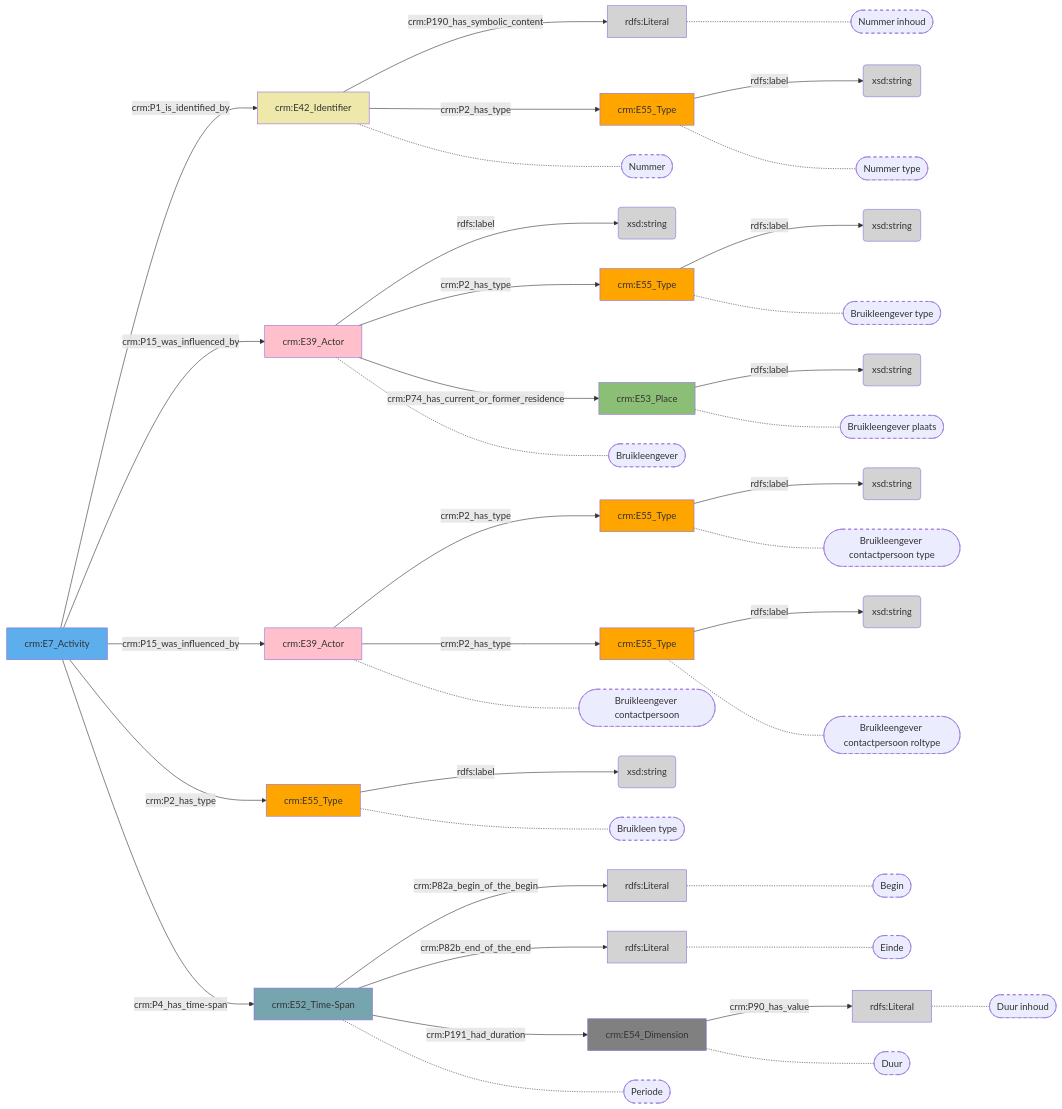
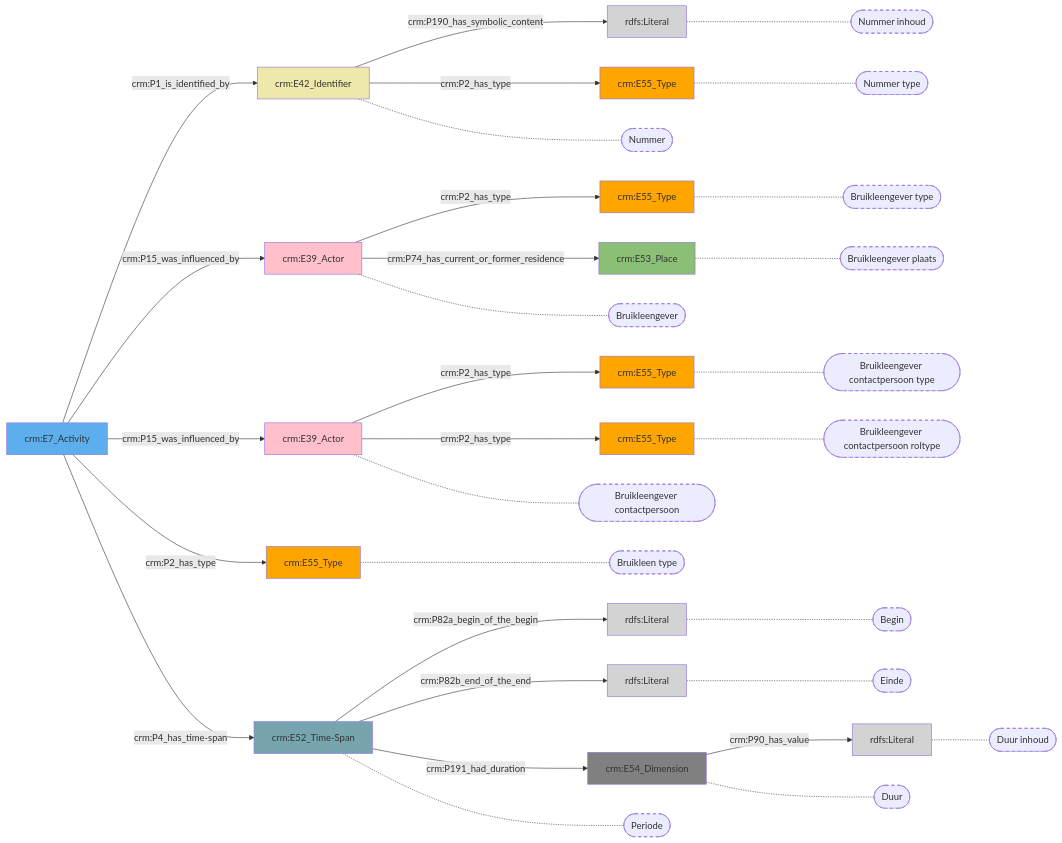
The diagram in docs/content/modellen/LoanIn/Algemeen.md (digipolisantwerpdocumentation/antwerp-cultureel-erfgoed), drawn with Mermaid before and after one commit. The commit also changed 170 other files, not shown here.

````diff
--- a/docs/content/modellen/LoanIn/Algemeen.md
+++ b/docs/content/modellen/LoanIn/Algemeen.md
@@ -1,78 +1,64 @@
 ```mermaid
 graph LR
-33f35a42-edb1-11ee-9a85-960002548b4f["crm:E55_Type"]-->|"rdfs:label"|5aac7ff0-edb1-11ee-a0d6-960002548b4f(xsd:string)
-46c13a89-cc07-11ee-a44e-960002548b4f["crm:E55_Type"]-->|"rdfs:label"|6bd1515d-cc07-11ee-8e80-960002548b4f(xsd:string)
-55c27964-cc0f-11ee-a690-960002548b4f["crm:E39_Actor"]-->|"rdfs:label"|d9040c90-cc0f-11ee-8069-960002548b4f(xsd:string)
-6ba70dc5-edb1-11ee-a9f2-960002548b4f["crm:E55_Type"]-->|"rdfs:label"|cc928ec1-edb1-11ee-941f-960002548b4f(xsd:string)
+style 22b2cb12-cc07-11ee-96f0-960002548b4f fill:#D3D3D3
+style 33f35a42-edb1-11ee-9a85-960002548b4f fill:#ffa500
+style 3fe22cb5-cc0b-11ee-a01f-960002548b4f fill:#D3D3D3
+style 46c13a89-cc07-11ee-a44e-960002548b4f fill:#ffa500
+style 55c27964-cc0f-11ee-a690-960002548b4f fill:#ffc0cb
+style 6ba70dc5-edb1-11ee-a9f2-960002548b4f fill:#ffa500
+style 766c660f-cc0a-11ee-ae45-960002548b4f fill:#808080
+style 8d4c3532-cc06-11ee-a4fb-960002548b4f fill:#EEE8AA
+style 91b0b823-cc0f-11ee-9776-960002548b4f fill:#8CBF76
+style a4c84153-cc09-11ee-9566-960002548b4f fill:#76A5AF
+style c585cc26-cc05-11ee-876f-960002548b4f fill:#5DAEEC
+style c810dd40-cc0e-11ee-b600-960002548b4f fill:#ffa500
+style d141f43c-cc09-11ee-b1bf-960002548b4f fill:#D3D3D3
+style d7fcd74d-e6cd-11ee-b069-960002548b4f fill:#ffa500
+style eaa0353a-cc09-11ee-a158-960002548b4f fill:#D3D3D3
+style f417375a-edb0-11ee-9443-960002548b4f fill:#ffc0cb
 766c660f-cc0a-11ee-ae45-960002548b4f["crm:E54_Dimension"]-->|"crm:P90_has_value"|3fe22cb5-cc0b-11ee-a01f-960002548b4f(rdfs:Literal)
 8d4c3532-cc06-11ee-a4fb-960002548b4f["crm:E42_Identifier"]-->|"crm:P190_has_symbolic_content"|22b2cb12-cc07-11ee-96f0-960002548b4f(rdfs:Literal)
-91b0b823-cc0f-11ee-9776-960002548b4f["crm:E53_Place"]-->|"rdfs:label"|e3042575-cc0f-11ee-9554-960002548b4f(xsd:string)
 a4c84153-cc09-11ee-9566-960002548b4f["crm:E52_Time-Span"]-->|"crm:P82a_begin_of_the_begin"|d141f43c-cc09-11ee-b1bf-960002548b4f(rdfs:Literal)
 a4c84153-cc09-11ee-9566-960002548b4f["crm:E52_Time-Span"]-->|"crm:P82b_end_of_the_end"|eaa0353a-cc09-11ee-a158-960002548b4f(rdfs:Literal)
-c810dd40-cc0e-11ee-b600-960002548b4f["crm:E55_Type"]-->|"rdfs:label"|e5a36bd2-d7a9-11ee-9996-960002548b4f(xsd:string)
-d7fcd74d-e6cd-11ee-b069-960002548b4f["crm:E55_Type"]-->|"rdfs:label"|1d7cd614-e6ce-11ee-855a-960002548b4f(xsd:string)
 55c27964-cc0f-11ee-a690-960002548b4f["crm:E39_Actor"]-->|"crm:P2_has_type"|d7fcd74d-e6cd-11ee-b069-960002548b4f["crm:E55_Type"]
 55c27964-cc0f-11ee-a690-960002548b4f["crm:E39_Actor"]-->|"crm:P74_has_current_or_former_residence"|91b0b823-cc0f-11ee-9776-960002548b4f["crm:E53_Place"]
 8d4c3532-cc06-11ee-a4fb-960002548b4f["crm:E42_Identifier"]-->|"crm:P2_has_type"|46c13a89-cc07-11ee-a44e-960002548b4f["crm:E55_Type"]
 a4c84153-cc09-11ee-9566-960002548b4f["crm:E52_Time-Span"]-->|"crm:P191_had_duration"|766c660f-cc0a-11ee-ae45-960002548b4f["crm:E54_Dimension"]
 c585cc26-cc05-11ee-876f-960002548b4f["crm:E7_Activity"]-->|"crm:P1_is_identified_by"|8d4c3532-cc06-11ee-a4fb-960002548b4f["crm:E42_Identifier"]
 c585cc26-cc05-11ee-876f-960002548b4f["crm:E7_Activity"]-->|"crm:P15_was_influenced_by"|55c27964-cc0f-11ee-a690-960002548b4f["crm:E39_Actor"]
 c585cc26-cc05-11ee-876f-960002548b4f["crm:E7_Activity"]-->|"crm:P15_was_influenced_by"|f417375a-edb0-11ee-9443-960002548b4f["crm:E39_Actor"]
 c585cc26-cc05-11ee-876f-960002548b4f["crm:E7_Activity"]-->|"crm:P2_has_type"|c810dd40-cc0e-11ee-b600-960002548b4f["crm:E55_Type"]
 c585cc26-cc05-11ee-876f-960002548b4f["crm:E7_Activity"]-->|"crm:P4_has_time-span"|a4c84153-cc09-11ee-9566-960002548b4f["crm:E52_Time-Span"]
 f417375a-edb0-11ee-9443-960002548b4f["crm:E39_Actor"]-->|"crm:P2_has_type"|33f35a42-edb1-11ee-9a85-960002548b4f["crm:E55_Type"]
 f417375a-edb0-11ee-9443-960002548b4f["crm:E39_Actor"]-->|"crm:P2_has_type"|6ba70dc5-edb1-11ee-a9f2-960002548b4f["crm:E55_Type"]
 d7fcd74d-e6cd-11ee-b069-960002548b4f["crm:E55_Type"]-.-d7fcd74d-e6cd-11ee-b069-960002548b4f_s(["Bruikleengever type"])
 91b0b823-cc0f-11ee-9776-960002548b4f["crm:E53_Place"]-.-91b0b823-cc0f-11ee-9776-960002548b4f_s(["Bruikleengever plaats"])
 3fe22cb5-cc0b-11ee-a01f-960002548b4f["rdfs:Literal"]-.-3fe22cb5-cc0b-11ee-a01f-960002548b4f_s(["Duur inhoud"])
 22b2cb12-cc07-11ee-96f0-960002548b4f["rdfs:Literal"]-.-22b2cb12-cc07-11ee-96f0-960002548b4f_s(["Nummer inhoud"])
 46c13a89-cc07-11ee-a44e-960002548b4f["crm:E55_Type"]-.-46c13a89-cc07-11ee-a44e-960002548b4f_s(["Nummer type"])
 766c660f-cc0a-11ee-ae45-960002548b4f["crm:E54_Dimension"]-.-766c660f-cc0a-11ee-ae45-960002548b4f_s(["Duur"])
 d141f43c-cc09-11ee-b1bf-960002548b4f["rdfs:Literal"]-.-d141f43c-cc09-11ee-b1bf-960002548b4f_s(["Begin"])
 eaa0353a-cc09-11ee-a158-960002548b4f["rdfs:Literal"]-.-eaa0353a-cc09-11ee-a158-960002548b4f_s(["Einde"])
 8d4c3532-cc06-11ee-a4fb-960002548b4f["crm:E42_Identifier"]-.-8d4c3532-cc06-11ee-a4fb-960002548b4f_s(["Nummer"])
 55c27964-cc0f-11ee-a690-960002548b4f["crm:E39_Actor"]-.-55c27964-cc0f-11ee-a690-960002548b4f_s(["Bruikleengever"])
 f417375a-edb0-11ee-9443-960002548b4f["crm:E39_Actor"]-.-f417375a-edb0-11ee-9443-960002548b4f_s(["Bruikleengever contactpersoon"])
 c810dd40-cc0e-11ee-b600-960002548b4f["crm:E55_Type"]-.-c810dd40-cc0e-11ee-b600-960002548b4f_s(["Bruikleen type"])
 a4c84153-cc09-11ee-9566-960002548b4f["crm:E52_Time-Span"]-.-a4c84153-cc09-11ee-9566-960002548b4f_s(["Periode"])
 33f35a42-edb1-11ee-9a85-960002548b4f["crm:E55_Type"]-.-33f35a42-edb1-11ee-9a85-960002548b4f_s(["Bruikleengever contactpersoon type"])
 6ba70dc5-edb1-11ee-a9f2-960002548b4f["crm:E55_Type"]-.-6ba70dc5-edb1-11ee-a9f2-960002548b4f_s(["Bruikleengever contactpersoon roltype"])
 style d7fcd74d-e6cd-11ee-b069-960002548b4f_s stroke-dasharray: 5
 style 91b0b823-cc0f-11ee-9776-960002548b4f_s stroke-dasharray: 5
 style 3fe22cb5-cc0b-11ee-a01f-960002548b4f_s stroke-dasharray: 5
 style 22b2cb12-cc07-11ee-96f0-960002548b4f_s stroke-dasharray: 5
 style 46c13a89-cc07-11ee-a44e-960002548b4f_s stroke-dasharray: 5
 style 766c660f-cc0a-11ee-ae45-960002548b4f_s stroke-dasharray: 5
 style d141f43c-cc09-11ee-b1bf-960002548b4f_s stroke-dasharray: 5
 style eaa0353a-cc09-11ee-a158-960002548b4f_s stroke-dasharray: 5
 style 8d4c3532-cc06-11ee-a4fb-960002548b4f_s stroke-dasharray: 5
 style 55c27964-cc0f-11ee-a690-960002548b4f_s stroke-dasharray: 5
 style f417375a-edb0-11ee-9443-960002548b4f_s stroke-dasharray: 5
 style c810dd40-cc0e-11ee-b600-960002548b4f_s stroke-dasharray: 5
 style a4c84153-cc09-11ee-9566-960002548b4f_s stroke-dasharray: 5
 style 33f35a42-edb1-11ee-9a85-960002548b4f_s stroke-dasharray: 5
 style 6ba70dc5-edb1-11ee-a9f2-960002548b4f_s stroke-dasharray: 5
-style 1d7cd614-e6ce-11ee-855a-960002548b4f fill:#D3D3D3
-style 22b2cb12-cc07-11ee-96f0-960002548b4f fill:#D3D3D3
-style 33f35a42-edb1-11ee-9a85-960002548b4f fill:#ffa500
-style 3fe22cb5-cc0b-11ee-a01f-960002548b4f fill:#D3D3D3
-style 46c13a89-cc07-11ee-a44e-960002548b4f fill:#ffa500
-style 55c27964-cc0f-11ee-a690-960002548b4f fill:#ffc0cb
-style 5aac7ff0-edb1-11ee-a0d6-960002548b4f fill:#D3D3D3
-style 6ba70dc5-edb1-11ee-a9f2-960002548b4f fill:#ffa500
-style 6bd1515d-cc07-11ee-8e80-960002548b4f fill:#D3D3D3
-style 766c660f-cc0a-11ee-ae45-960002548b4f fill:#808080
-style 8d4c3532-cc06-11ee-a4fb-960002548b4f fill:#EEE8AA
-style 91b0b823-cc0f-11ee-9776-960002548b4f fill:#8CBF76
-style a4c84153-cc09-11ee-9566-960002548b4f fill:#76A5AF
-style c585cc26-cc05-11ee-876f-960002548b4f fill:#5DAEEC
-style c810dd40-cc0e-11ee-b600-960002548b4f fill:#ffa500
-style cc928ec1-edb1-11ee-941f-960002548b4f fill:#D3D3D3
-style d141f43c-cc09-11ee-b1bf-960002548b4f fill:#D3D3D3
-style d7fcd74d-e6cd-11ee-b069-960002548b4f fill:#ffa500
-style d9040c90-cc0f-11ee-8069-960002548b4f fill:#D3D3D3
-style e3042575-cc0f-11ee-9554-960002548b4f fill:#D3D3D3
-style e5a36bd2-d7a9-11ee-9996-960002548b4f fill:#D3D3D3
-style eaa0353a-cc09-11ee-a158-960002548b4f fill:#D3D3D3
-style f417375a-edb0-11ee-9443-960002548b4f fill:#ffc0cb
 ```
````
